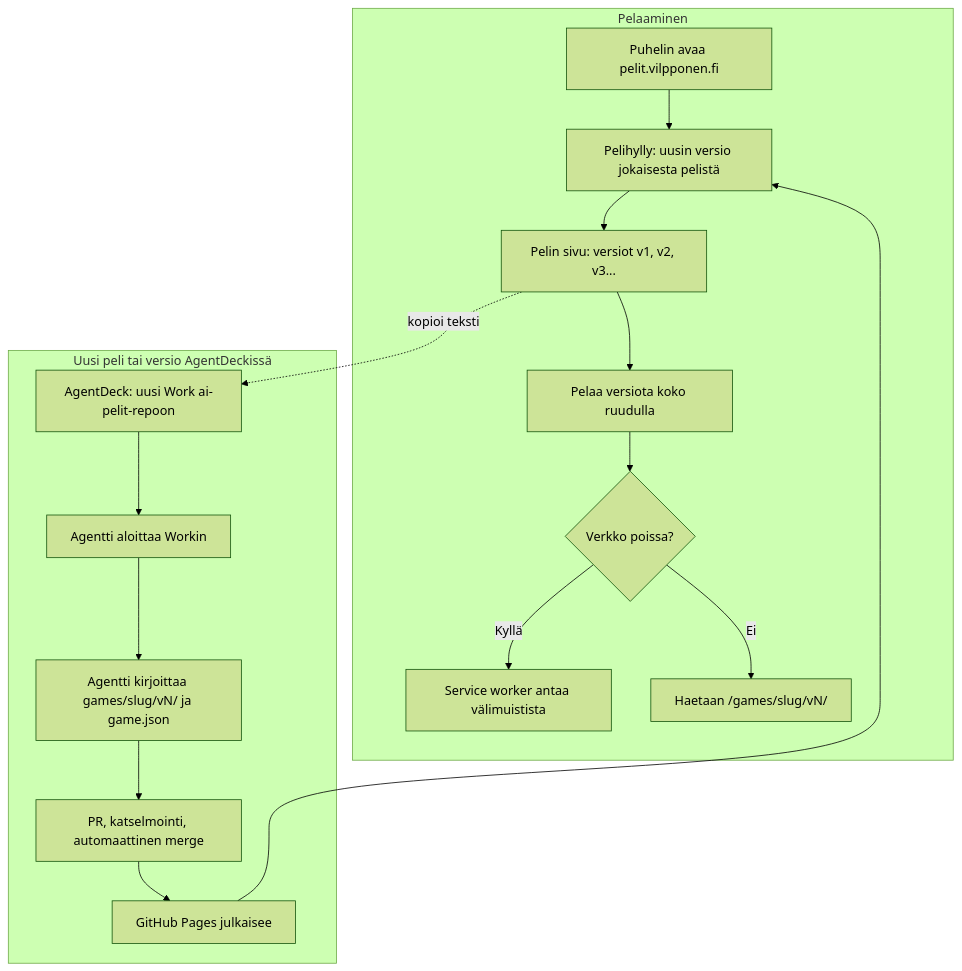
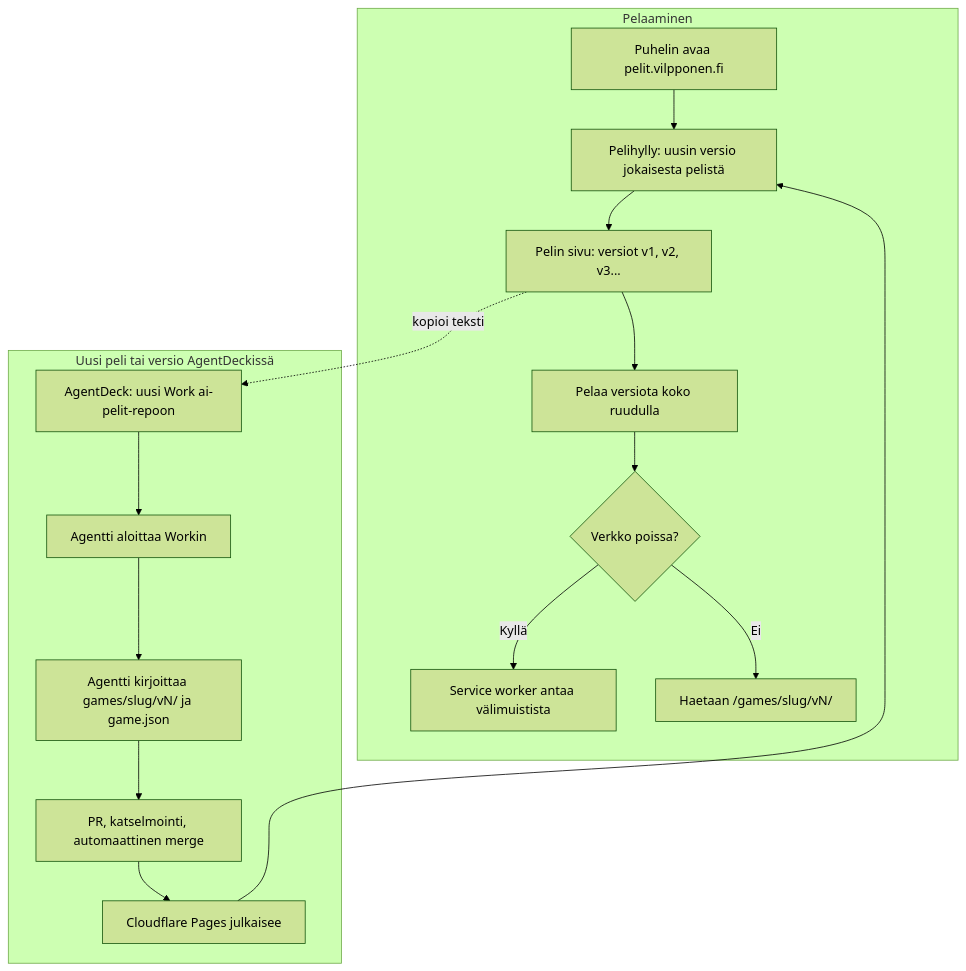
Before and after one commit to eerovil/ai-pelit: the diagram in docs/diagrams/ai-pelit.md, drawn with Mermaid (forest theme). The commit also changed other lines of this file and 5 other files, not shown here.

First line of the commit message:
Host the games on Cloudflare Pages, beside GitHub Pages until the CNAME moves

````diff
--- a/docs/diagrams/ai-pelit.md
+++ b/docs/diagrams/ai-pelit.md
@@ -8,25 +8,25 @@
 ```mermaid
 flowchart TD
   subgraph Pelaaminen
     A[Puhelin avaa pelit.vilpponen.fi] --> B[Pelihylly: uusin versio jokaisesta pelistä]
     B --> C[Pelin sivu: versiot v1, v2, v3...]
     C --> D[Pelaa versiota koko ruudulla]
     D --> E{Verkko poissa?}
     E -- Kyllä --> F[Service worker antaa välimuistista]
     E -- Ei --> G[Haetaan /games/slug/vN/]
   end
   subgraph Uusi peli tai versio AgentDeckissä
     C -. kopioi teksti .-> H[AgentDeck: uusi Work ai-pelit-repoon]
     H --> L[Agentti aloittaa Workin]
     L --> M[Agentti kirjoittaa games/slug/vN/ ja game.json]
     M --> N[PR, katselmointi, automaattinen merge]
-    N --> O[GitHub Pages julkaisee]
+    N --> O[Cloudflare Pages julkaisee]
     O --> B
   end
   class A,B,C,D blue
   class E amber
   class F,G teal
   class H violet
   class L,M,N rose
   class O green
 ```
````
